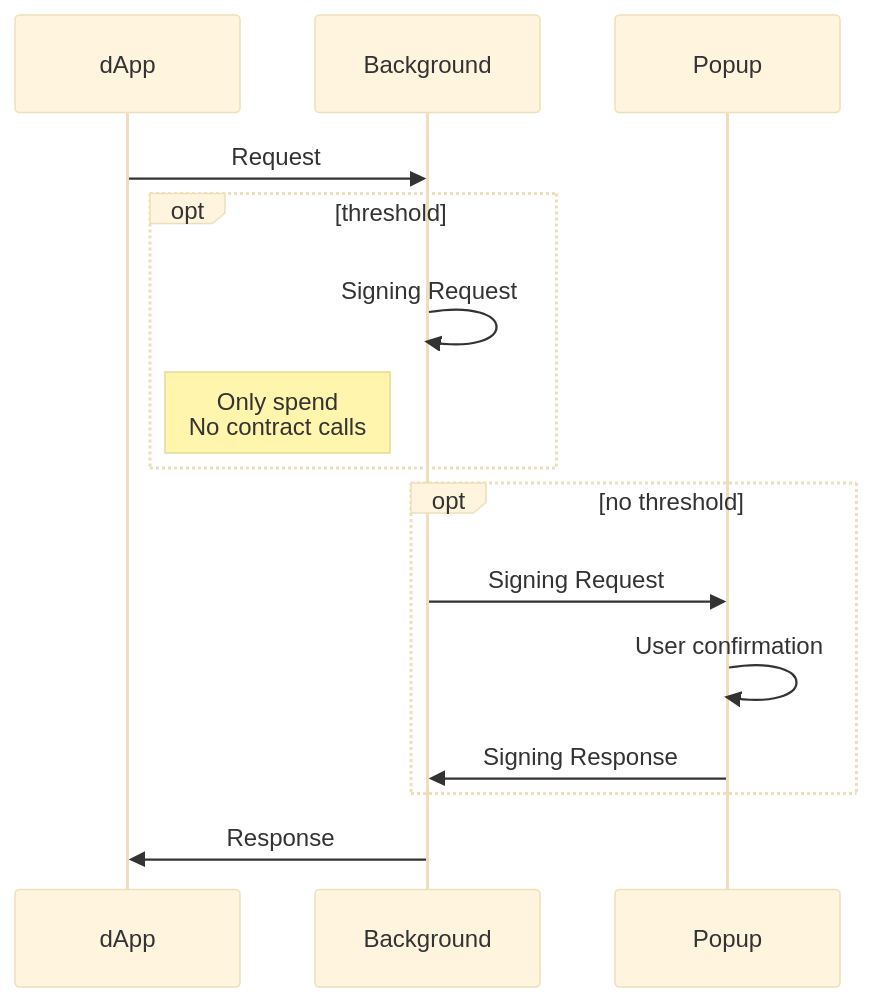
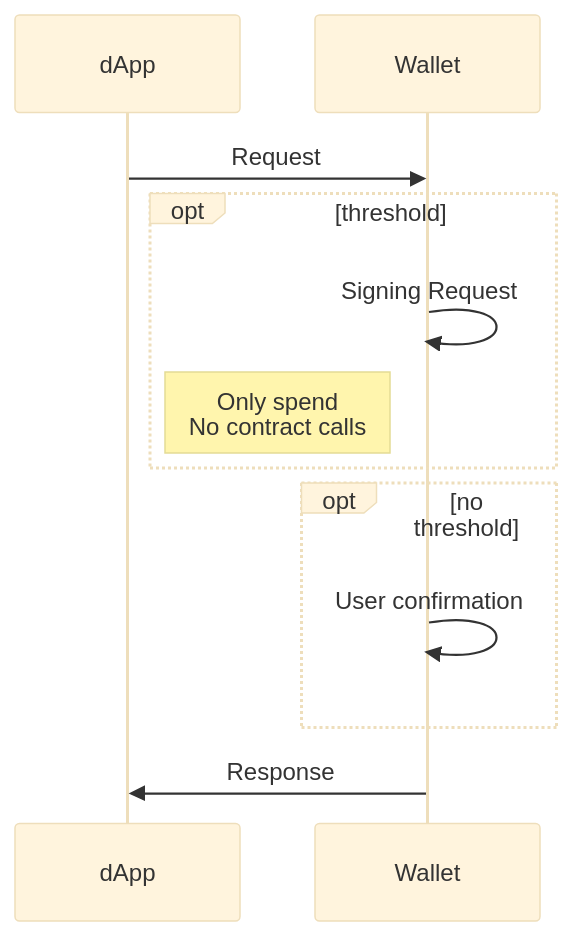
One commit to airgap-it/beacon-sdk changed the third of 5 diagrams in flows/P2PDirect.md. Above: the diagram before and after it, drawn with Mermaid (base theme). The commit also changed other lines of this file and 1 other file, not shown here.

````diff
--- a/flows/P2PDirect.md
+++ b/flows/P2PDirect.md
@@ -31,14 +25,12 @@
 ```mermaid
 sequenceDiagram
-    dApp->>Background: Request
+    dApp->>Wallet: Request
     opt threshold
-        Background->>Background: Signing Request
-        Note left of Background: Only spend<br/>No contract calls
+        Wallet->>Wallet: Signing Request
+        Note left of Wallet: Only spend<br/>No contract calls
     end
     opt no threshold
-        Background->>Popup: Signing Request
-        Popup->>Popup: User confirmation
-        Popup->>Background: Signing Response
+        Wallet->>Wallet: User confirmation
     end
-    Background->>dApp: Response
+    Wallet->>dApp: Response
 ```
````
